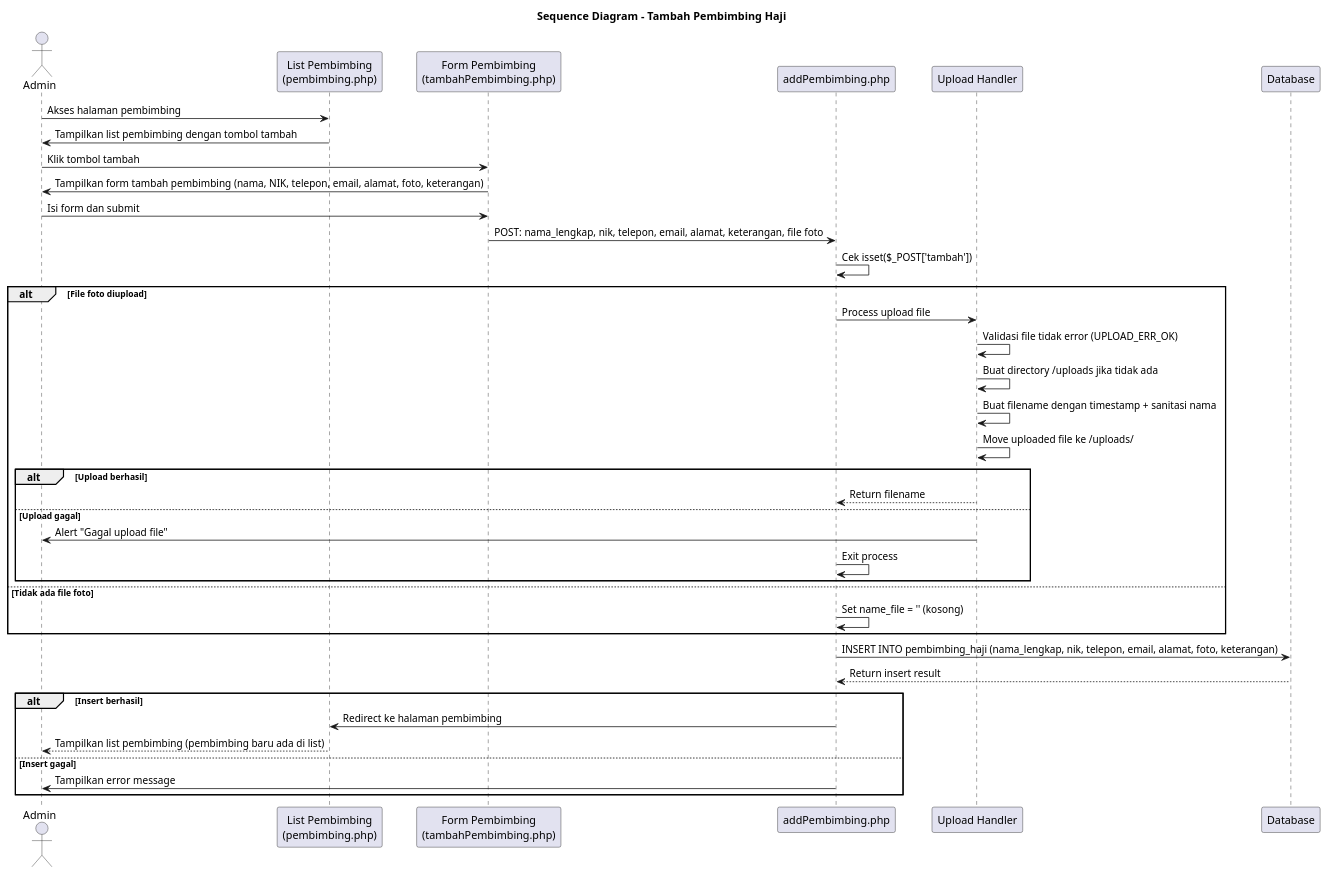
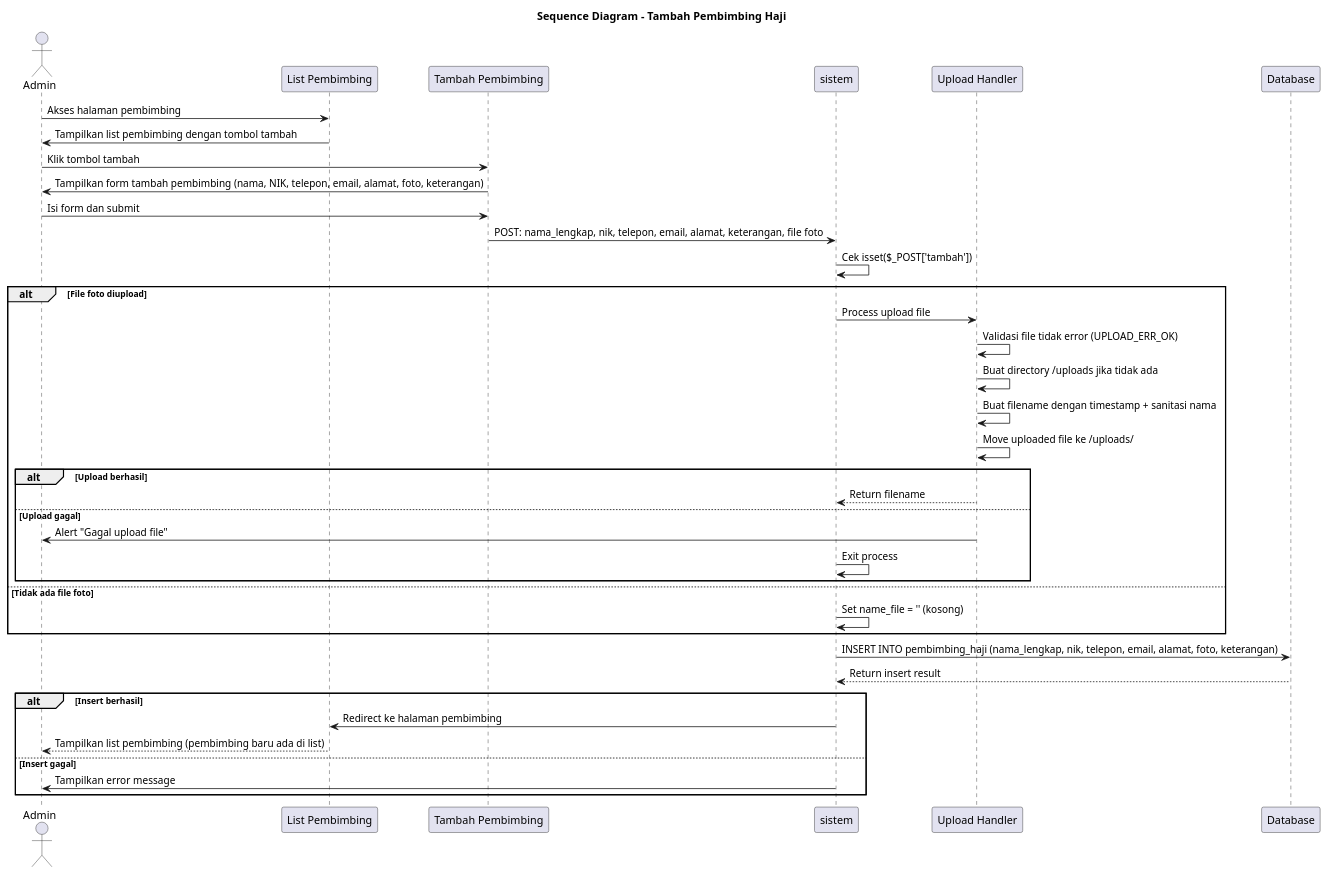
One commit to fauzirahayu/uzicom changed the diagram in komponen/sequence_diagram_add_pembimbing.puml. Above: the diagram before and after it, drawn with PlantUML. The commit also changed 6 other files, not shown here.

```diff
--- a/komponen/sequence_diagram_add_pembimbing.puml
+++ b/komponen/sequence_diagram_add_pembimbing.puml
@@ -1,51 +1,51 @@
 @startuml Sequence Diagram Add Pembimbing
 
 title Sequence Diagram - Tambah Pembimbing Haji
 
 actor Admin
-participant "List Pembimbing\n(pembimbing.php)" as PembimbingList
-participant "Form Pembimbing\n(tambahPembimbing.php)" as FormPage
-participant "addPembimbing.php" as AddProcess
+participant "List Pembimbing" as PembimbingList
+participant "Tambah Pembimbing" as FormPage
+participant "sistem" as AddProcess
 participant "Upload Handler" as Upload
 participant "Database" as DB
 
 Admin -> PembimbingList: Akses halaman pembimbing
 PembimbingList -> Admin: Tampilkan list pembimbing dengan tombol tambah
 
 Admin -> FormPage: Klik tombol tambah
 FormPage -> Admin: Tampilkan form tambah pembimbing (nama, NIK, telepon, email, alamat, foto, keterangan)
 
 Admin -> FormPage: Isi form dan submit
 FormPage -> AddProcess: POST: nama_lengkap, nik, telepon, email, alamat, keterangan, file foto
 
 AddProcess -> AddProcess: Cek isset($_POST['tambah'])
 
 alt File foto diupload
     AddProcess -> Upload: Process upload file
     
     Upload -> Upload: Validasi file tidak error (UPLOAD_ERR_OK)
     Upload -> Upload: Buat directory /uploads jika tidak ada
     Upload -> Upload: Buat filename dengan timestamp + sanitasi nama
     Upload -> Upload: Move uploaded file ke /uploads/
     
     alt Upload berhasil
         Upload --> AddProcess: Return filename
     else Upload gagal
         Upload -> Admin: Alert "Gagal upload file"
         AddProcess -> AddProcess: Exit process
     end
 else Tidak ada file foto
     AddProcess -> AddProcess: Set name_file = '' (kosong)
 end
 
 AddProcess -> DB: INSERT INTO pembimbing_haji (nama_lengkap, nik, telepon, email, alamat, foto, keterangan)
 DB --> AddProcess: Return insert result
 
 alt Insert berhasil
     AddProcess -> PembimbingList: Redirect ke halaman pembimbing
     PembimbingList --> Admin: Tampilkan list pembimbing (pembimbing baru ada di list)
 else Insert gagal
     AddProcess -> Admin: Tampilkan error message
 end
 
 @enduml
```
